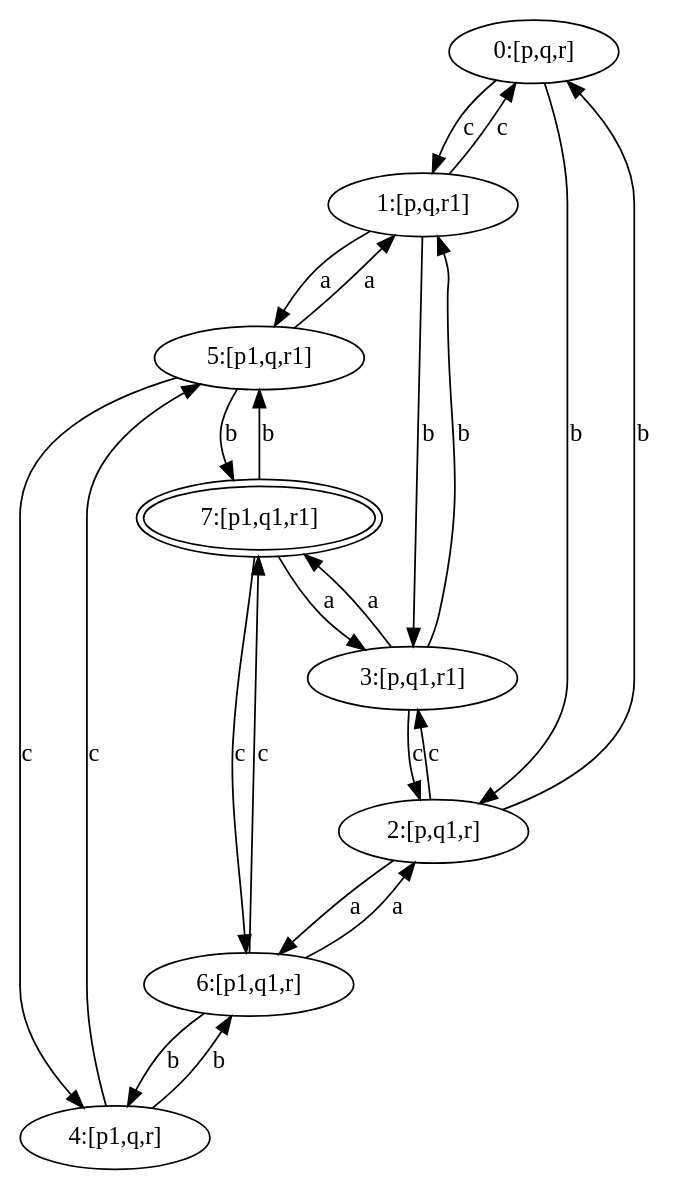
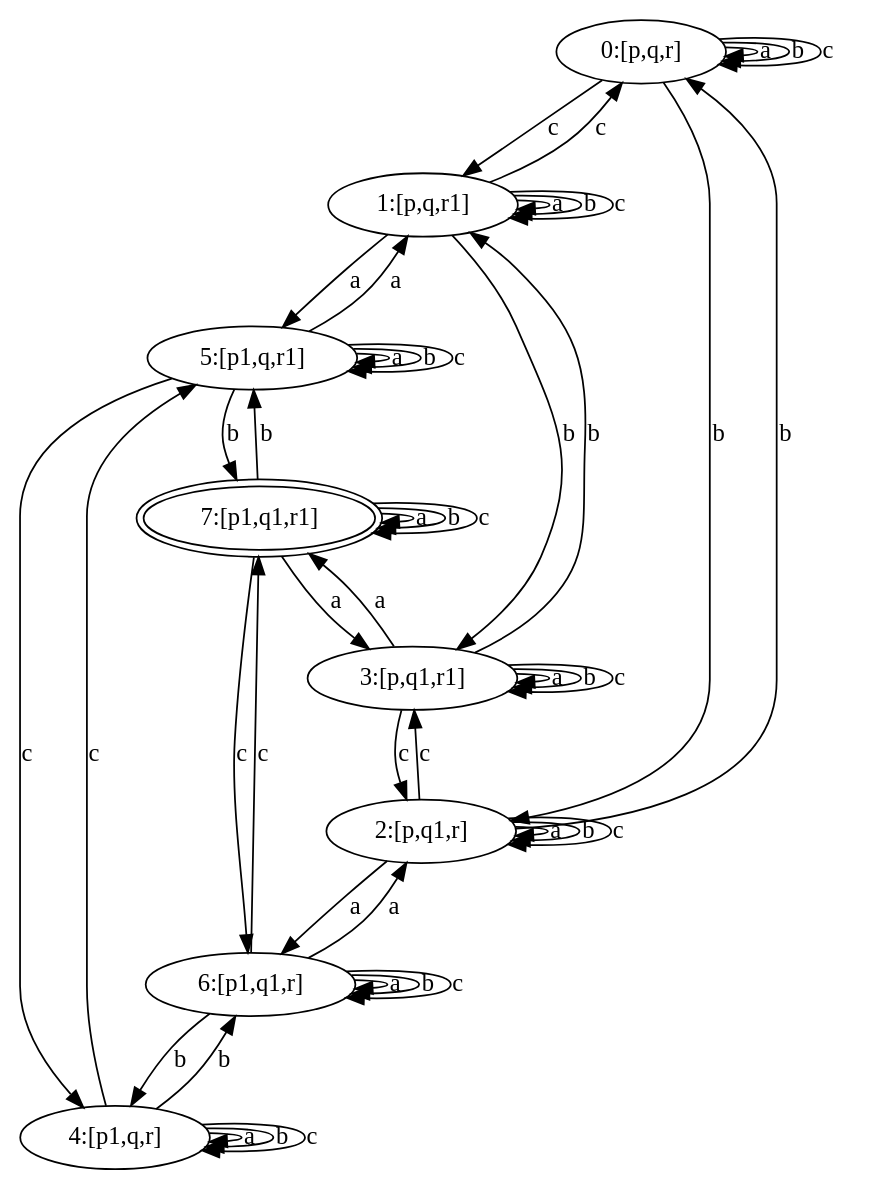
Before and after one commit to pghiraldelli/trabalhoLogProg: the diagram in aposSussurro.dot, drawn with Graphviz. The commit also changed 10 other files, not shown here.

```diff
--- a/aposSussurro.dot
+++ b/aposSussurro.dot
@@ -1,1 +1,1 @@
-digraph G { 0[label ="0:[p,q,r]"] ; 1[label ="1:[p,q,r1]"] ; 2[label ="2:[p,q1,r]"] ; 3[label ="3:[p,q1,r1]"] ; 4[label ="4:[p1,q,r]"] ; 5[label ="5:[p1,q,r1]"] ; 6[label ="6:[p1,q1,r]"] ; 7[label ="7:[p1,q1,r1]",peripheries = 2] ; 0 -> 1 [label=c] ; 0 -> 2 [label=b] ; 1 -> 0 [label=c] ; 1 -> 3 [label=b] ; 1 -> 5 [label=a] ; 2 -> 0 [label=b] ; 2 -> 3 [label=c] ; 2 -> 6 [label=a] ; 3 -> 1 [label=b] ; 3 -> 2 [label=c] ; 3 -> 7 [label=a] ; 4 -> 5 [label=c] ; 4 -> 6 [label=b] ; 5 -> 1 [label=a] ; 5 -> 4 [label=c] ; 5 -> 7 [label=b] ; 6 -> 2 [label=a] ; 6 -> 4 [label=b] ; 6 -> 7 [label=c] ; 7 -> 3 [label=a] ; 7 -> 5 [label=b] ; 7 -> 6 [label=c] }
+digraph G { 0[label ="0:[p,q,r]"] ; 1[label ="1:[p,q,r1]"] ; 2[label ="2:[p,q1,r]"] ; 3[label ="3:[p,q1,r1]"] ; 4[label ="4:[p1,q,r]"] ; 5[label ="5:[p1,q,r1]"] ; 6[label ="6:[p1,q1,r]"] ; 7[label ="7:[p1,q1,r1]",peripheries = 2] ; 0 -> 0 [label=a] ; 0 -> 0 [label=b] ; 0 -> 0 [label=c] ; 0 -> 1 [label=c] ; 0 -> 2 [label=b] ; 1 -> 0 [label=c] ; 1 -> 1 [label=a] ; 1 -> 1 [label=b] ; 1 -> 1 [label=c] ; 1 -> 3 [label=b] ; 1 -> 5 [label=a] ; 2 -> 0 [label=b] ; 2 -> 2 [label=a] ; 2 -> 2 [label=b] ; 2 -> 2 [label=c] ; 2 -> 3 [label=c] ; 2 -> 6 [label=a] ; 3 -> 1 [label=b] ; 3 -> 2 [label=c] ; 3 -> 3 [label=a] ; 3 -> 3 [label=b] ; 3 -> 3 [label=c] ; 3 -> 7 [label=a] ; 4 -> 4 [label=a] ; 4 -> 4 [label=b] ; 4 -> 4 [label=c] ; 4 -> 5 [label=c] ; 4 -> 6 [label=b] ; 5 -> 1 [label=a] ; 5 -> 4 [label=c] ; 5 -> 5 [label=a] ; 5 -> 5 [label=b] ; 5 -> 5 [label=c] ; 5 -> 7 [label=b] ; 6 -> 2 [label=a] ; 6 -> 4 [label=b] ; 6 -> 6 [label=a] ; 6 -> 6 [label=b] ; 6 -> 6 [label=c] ; 6 -> 7 [label=c] ; 7 -> 3 [label=a] ; 7 -> 5 [label=b] ; 7 -> 6 [label=c] ; 7 -> 7 [label=a] ; 7 -> 7 [label=b] ; 7 -> 7 [label=c] }
```
